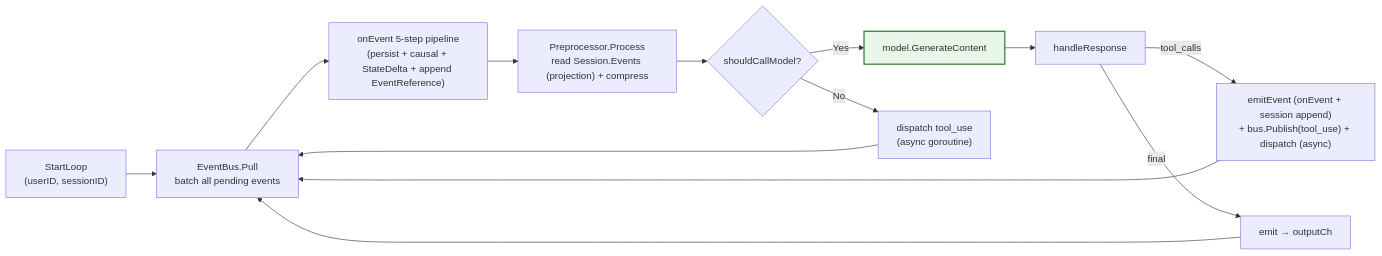
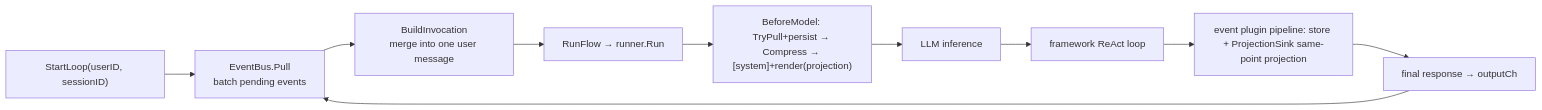
Before and after one commit to SpellingDragon/tagent: the fourth of 8 diagrams in README_EN.md, drawn with Mermaid. The commit also changed other lines of this file and 1 other file, not shown here.

First line of the commit message:
docs(readme): sync EN with unified event projection; document role rule

````diff
--- a/README_EN.md
+++ b/README_EN.md
@@ -246,17 +241,12 @@
 ```mermaid
 graph LR
-    START["StartLoop<br/>(userID, sessionID)"] --> PULL["EventBus.Pull<br/>batch all pending events"]
-    PULL --> ONEVT["onEvent 5-step pipeline<br/>(persist + causal + StateDelta + append EventReference)"]
-    ONEVT --> PROC["Preprocessor.Process<br/>read Session.Events (projection) + compress"]
-    PROC --> MODEL{"shouldCallModel?"}
-    MODEL -->|"Yes"| CALL["model.GenerateContent"]
-    MODEL -->|"No"| DISPATCH["dispatch tool_use<br/>(async goroutine)"]
-    CALL --> RESP["handleResponse"]
-    RESP -->|"tool_calls"| ONEVT2["emitEvent (onEvent + session append)<br/>+ bus.Publish(tool_use) + dispatch (async)"]
-    RESP -->|"final"| EMIT["emit → outputCh"]
-    ONEVT2 --> PULL
-    EMIT --> PULL
-    DISPATCH --> PULL
-
-    style CALL fill:#e8f5e9,stroke:#2e7d32,stroke-width:2px
+    START["StartLoop(userID, sessionID)"] --> PULL["EventBus.Pull<br/>batch pending events"]
+    PULL --> BUILD["BuildInvocation<br/>merge into one user message"]
+    BUILD --> RUN["RunFlow → runner.Run"]
+    RUN --> BM["BeforeModel: TryPull+persist → Compress → [system]+render(projection)"]
+    BM --> LLM["LLM inference"]
+    LLM --> LOOP["framework ReAct loop"]
+    LOOP --> PIPE["event plugin pipeline: store + ProjectionSink same-point projection"]
+    PIPE --> OUT["final response → outputCh"]
+    OUT --> PULL
 ```
````
